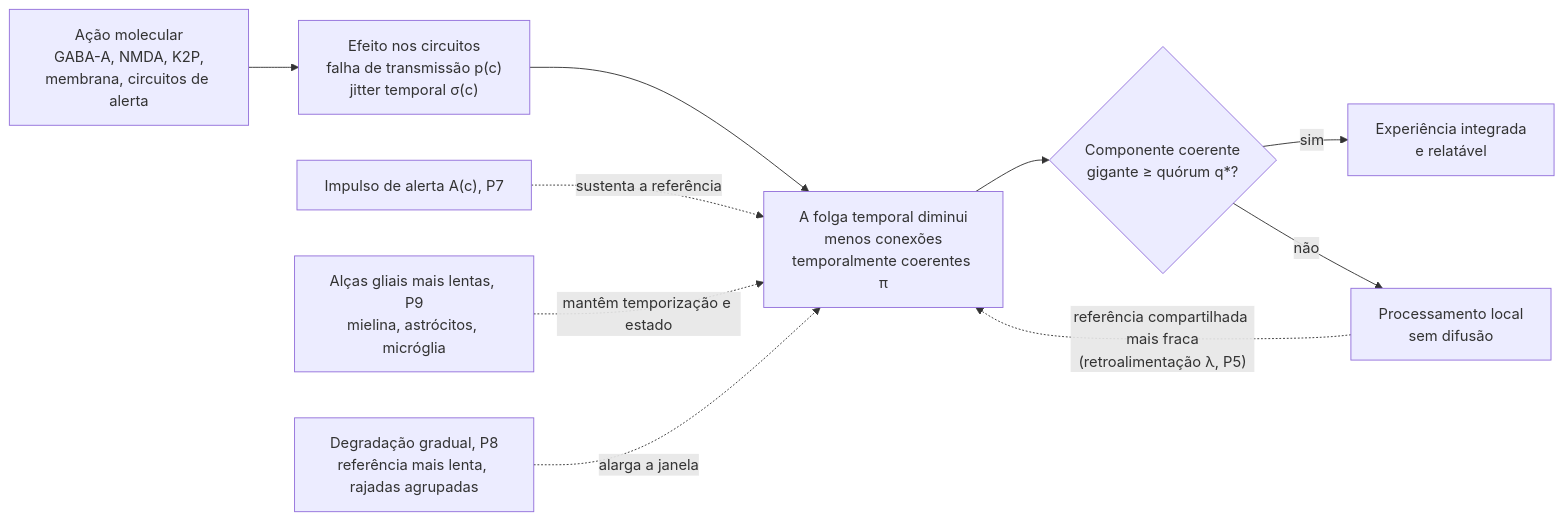
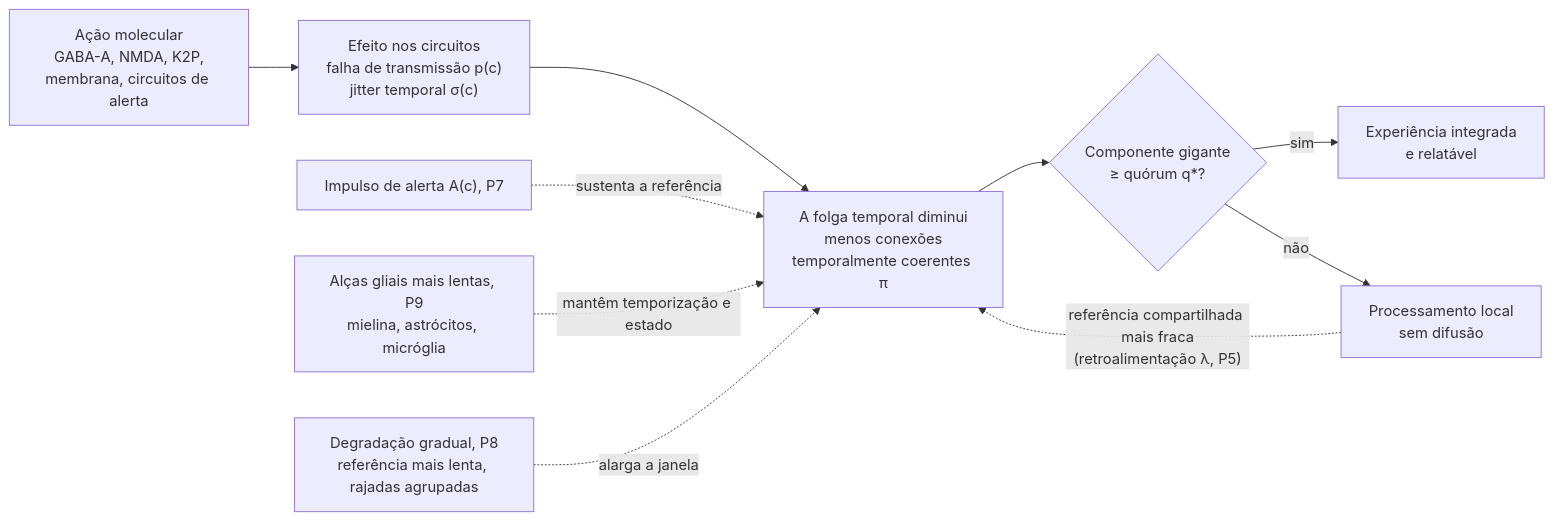
Before and after one commit to DrGabriel/neuroscience: the first of 2 diagrams in white_paper_anesthesia_consensus.pt-BR.md, drawn with Mermaid. The commit also changed other lines of this file and 113 other files, not shown here.

````diff
--- a/white_paper_anesthesia_consensus.pt-BR.md
+++ b/white_paper_anesthesia_consensus.pt-BR.md
@@ -213,12 +255,12 @@
 ```mermaid
 flowchart LR
     A["Ação molecular<br/>GABA-A, NMDA, K2P,<br/>membrana, circuitos de alerta"] --> B["Efeito nos circuitos<br/>falha de transmissão p(c)<br/>jitter temporal σ(c)"]
     B --> C["A folga temporal diminui<br/>menos conexões<br/>temporalmente coerentes π"]
-    C --> D{"Componente coerente<br/>gigante ≥ quórum q*?"}
+    C --> D{"Componente gigante<br/>≥ quórum q*?"}
     D -- sim --> E["Experiência integrada<br/>e relatável"]
     D -- não --> F["Processamento local<br/>sem difusão"]
     F -. "referência compartilhada mais fraca<br/>(retroalimentação λ, P5)" .-> C
     G["Impulso de alerta A(c), P7"] -. "sustenta a referência" .-> C
     I["Alças gliais mais lentas, P9<br/>mielina, astrócitos, micróglia"] -. "mantêm temporização e estado" .-> C
     H["Degradação gradual, P8<br/>referência mais lenta, rajadas agrupadas"] -. "alarga a janela" .-> C
 ```
````
